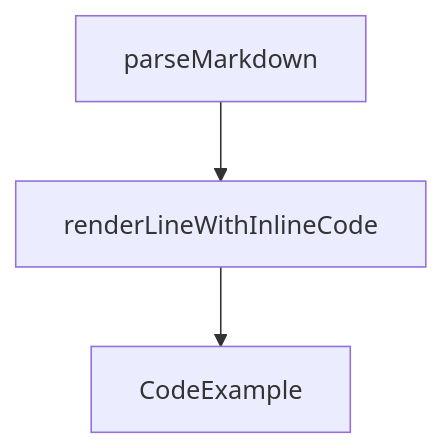
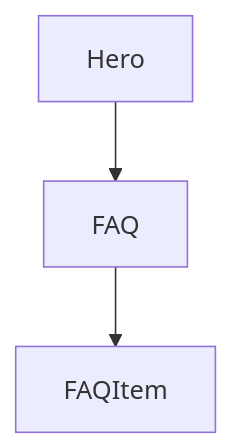
The diagram in tutorials/agents-md-tutorial/03-tool-agnostic-portability-patterns.md (johnxie/awesome-code-docs), drawn with Mermaid before and after one commit. The commit also changed other lines of this file and 1232 other files, not shown here.

````diff
--- a/tutorials/agents-md-tutorial/03-tool-agnostic-portability-patterns.md
+++ b/tutorials/agents-md-tutorial/03-tool-agnostic-portability-patterns.md
@@ -170,8 +139,8 @@
 ```mermaid
 flowchart TD
-    A[parseMarkdown]
-    B[renderLineWithInlineCode]
-    C[CodeExample]
+    A[Hero]
+    B[FAQ]
+    C[FAQItem]
     A --> B
     B --> C
 ```
````
